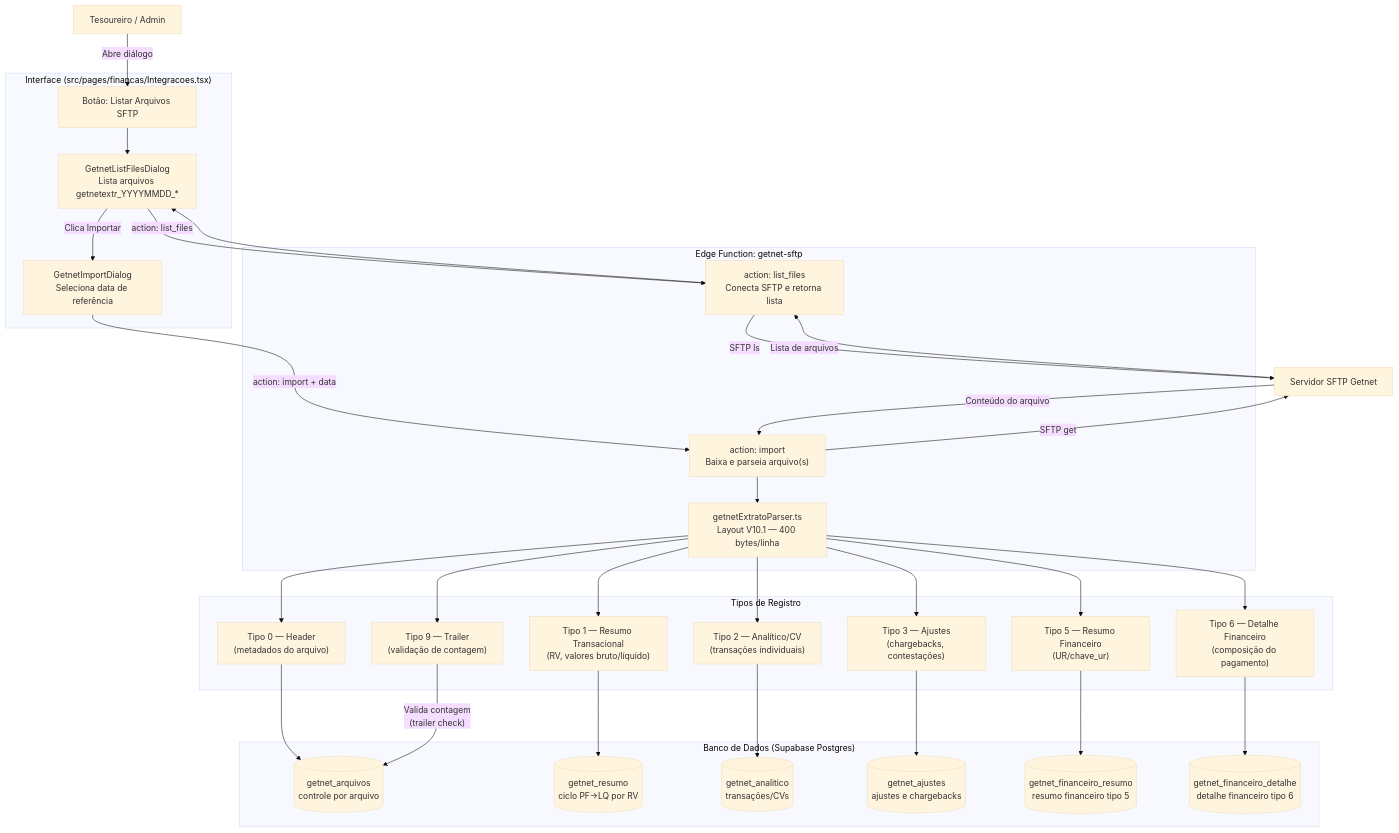
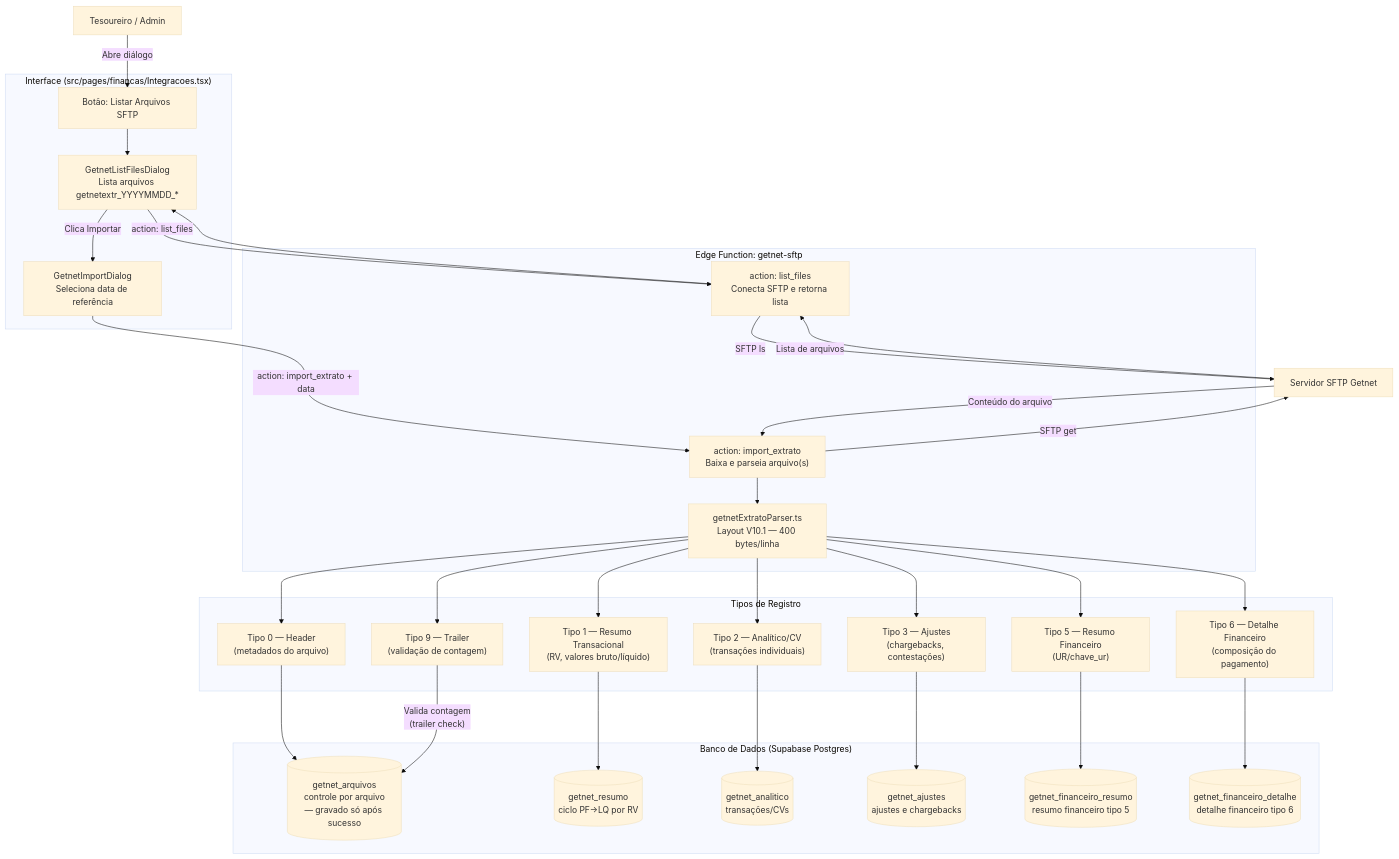
One commit to adrianoapc/igreja-carvalho changed the first of 3 diagrams in docs/diagramas/fluxo-getnet-sftp.md. Above: the diagram before and after it, drawn with Mermaid (base theme). The commit also changed other lines of this file and 3 other files, not shown here.

````diff
--- a/docs/diagramas/fluxo-getnet-sftp.md
+++ b/docs/diagramas/fluxo-getnet-sftp.md
@@ -13,59 +17,59 @@
 ```mermaid
 graph TD
     Usuario[Tesoureiro / Admin]
     SFTP[Servidor SFTP Getnet]
 
     subgraph UI["Interface (src/pages/financas/Integracoes.tsx)"]
         ListBtn["Botão: Listar Arquivos SFTP"]
         ListDialog["GetnetListFilesDialog\nLista arquivos getnetextr_YYYYMMDD_*"]
         ImportDialog["GetnetImportDialog\nSeleciona data de referência"]
     end
 
     subgraph EdgeFn["Edge Function: getnet-sftp"]
         ActionList["action: list_files\nConecta SFTP e retorna lista"]
-        ActionImport["action: import\nBaixa e parseia arquivo(s)"]
+        ActionImport["action: import_extrato\nBaixa e parseia arquivo(s)"]
         Parser["getnetExtratoParser.ts\nLayout V10.1 — 400 bytes/linha"]
     end
 
     subgraph Tipos["Tipos de Registro"]
         T0["Tipo 0 — Header\n(metadados do arquivo)"]
         T1["Tipo 1 — Resumo Transacional\n(RV, valores bruto/líquido)"]
         T2["Tipo 2 — Analítico/CV\n(transações individuais)"]
         T3["Tipo 3 — Ajustes\n(chargebacks, contestações)"]
         T5["Tipo 5 — Resumo Financeiro\n(UR/chave_ur)"]
         T6["Tipo 6 — Detalhe Financeiro\n(composição do pagamento)"]
         T9["Tipo 9 — Trailer\n(validação de contagem)"]
     end
 
     subgraph DB["Banco de Dados (Supabase Postgres)"]
-        TbArquivos[(getnet_arquivos\ncontrole por arquivo)]
+        TbArquivos[(getnet_arquivos\ncontrole por arquivo\n— gravado só após sucesso)]
         TbResumo[(getnet_resumo\nciclo PF→LQ por RV)]
         TbAnalitico[(getnet_analitico\ntransações/CVs)]
         TbAjustes[(getnet_ajustes\najustes e chargebacks)]
         TbFinResumo[(getnet_financeiro_resumo\nresumo financeiro tipo 5)]
         TbFinDetalhe[(getnet_financeiro_detalhe\ndetalhe financeiro tipo 6)]
     end
 
     Usuario -->|"Abre diálogo"| ListBtn
     ListBtn --> ListDialog
     ListDialog -->|"action: list_files"| ActionList
     ActionList -->|"SFTP ls"| SFTP
     SFTP -->|"Lista de arquivos"| ActionList
     ActionList --> ListDialog
 
     ListDialog -->|"Clica Importar"| ImportDialog
-    ImportDialog -->|"action: import + data"| ActionImport
+    ImportDialog -->|"action: import_extrato + data"| ActionImport
     ActionImport -->|"SFTP get"| SFTP
     SFTP -->|"Conteúdo do arquivo"| ActionImport
     ActionImport --> Parser
 
     Parser --> T0 & T1 & T2 & T3 & T5 & T6 & T9
 
     T0 --> TbArquivos
     T1 --> TbResumo
     T2 --> TbAnalitico
     T3 --> TbAjustes
     T5 --> TbFinResumo
     T6 --> TbFinDetalhe
     T9 -->|"Valida contagem\n(trailer check)"| TbArquivos
 ```
````
